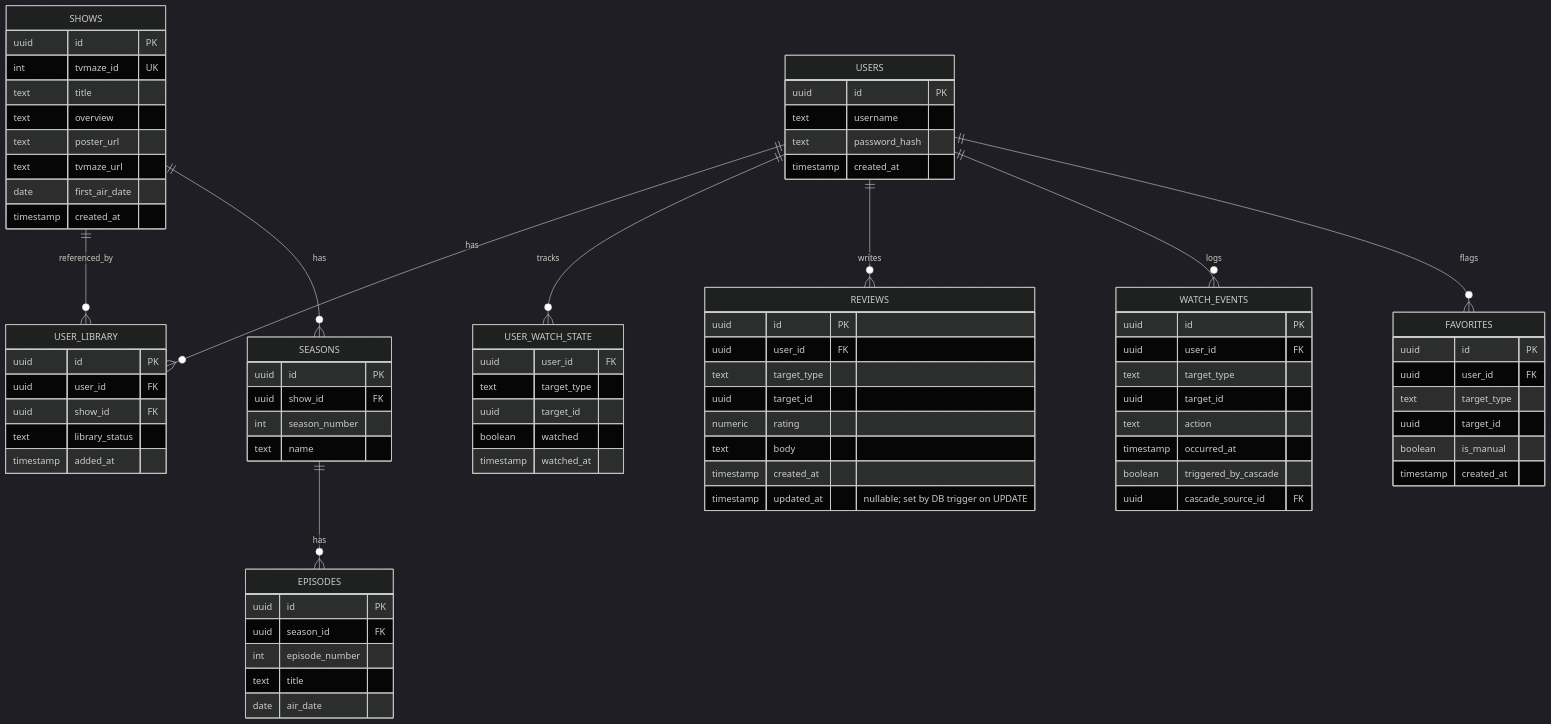
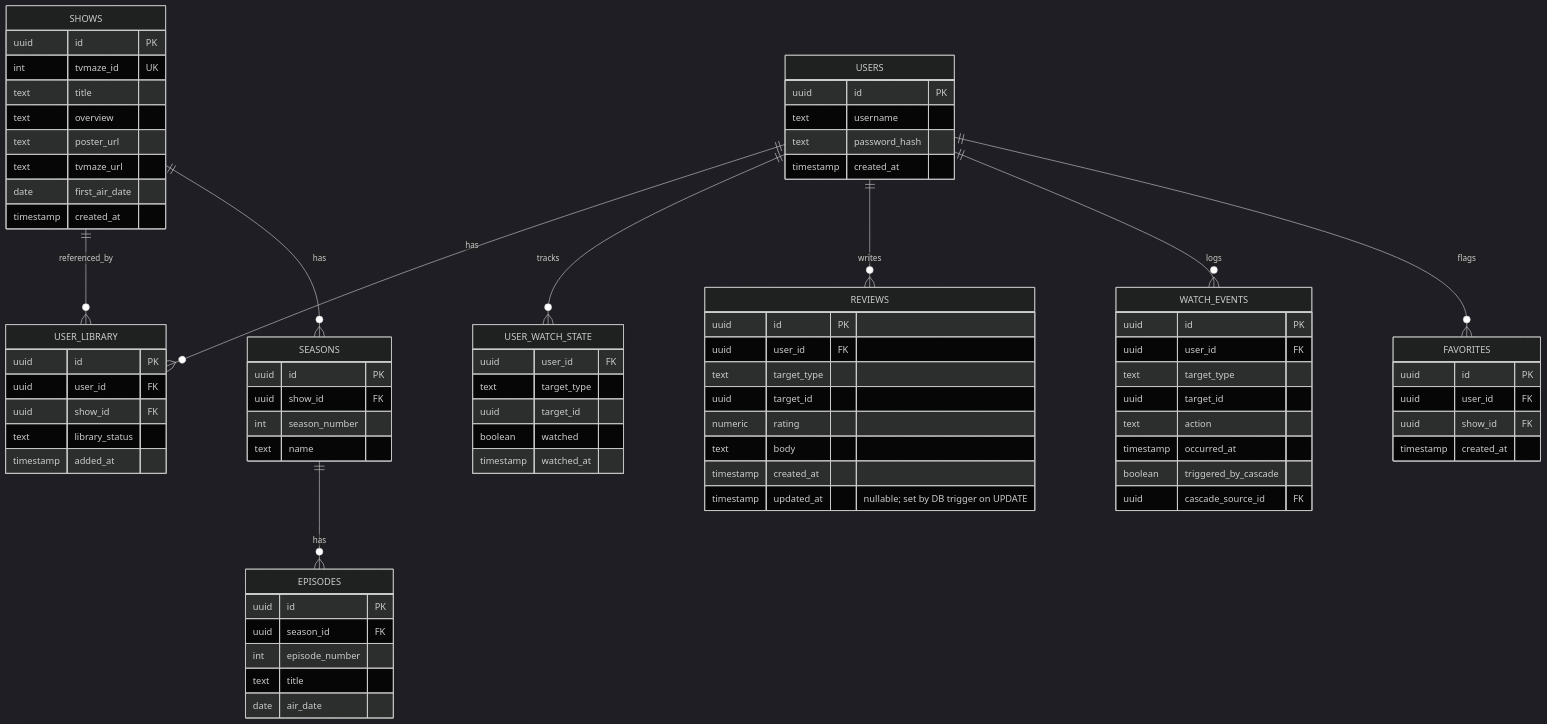
Before and after one commit to CaptainCluster/shogunate: the second of 4 diagrams in docs/ARCHITECTURE.md, drawn with Mermaid (dark theme). The commit also changed other lines of this file and 27 other files, not shown here.

````diff
--- a/docs/ARCHITECTURE.md
+++ b/docs/ARCHITECTURE.md
@@ -193,9 +193,7 @@
     FAVORITES {
         uuid id PK
         uuid user_id FK
-        text target_type
-        uuid target_id
-        boolean is_manual
+        uuid show_id FK
         timestamp created_at
     }
 ```
````
